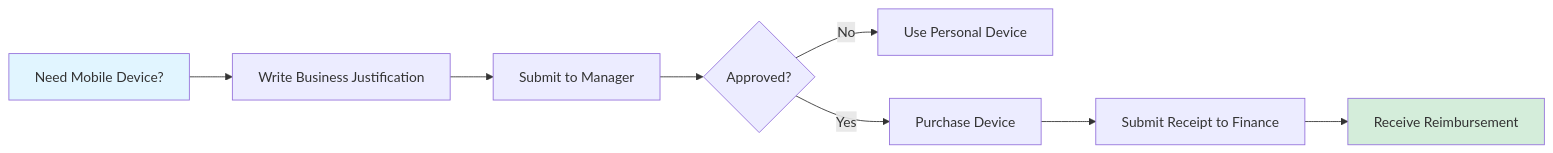
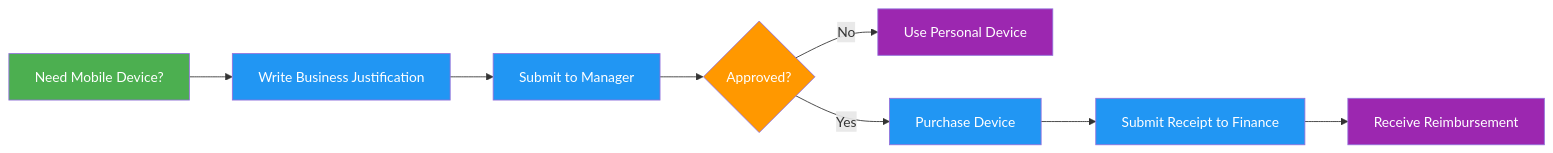
Before and after one commit to ultralytics/handbook: the third of 4 diagrams in docs/en/tools/hardware.md, drawn with Mermaid. The commit also changed other lines of this file and 16 other files, not shown here.

Commit message:
Standardize Mermaid diagram colors (#302)

````diff
--- a/docs/en/tools/hardware.md
+++ b/docs/en/tools/hardware.md
@@ -196,13 +197,15 @@
 ```mermaid
 graph LR
-    A[Need Mobile Device?] --> B[Write Business Justification]
-    B --> C[Submit to Manager]
-    C --> D{Approved?}
-    D -->|No| E[Use Personal Device]
-    D -->|Yes| F[Purchase Device]
-    F --> G[Submit Receipt to Finance]
-    G --> H[Receive Reimbursement]
+    A[Need Mobile Device?]:::start --> B[Write Business Justification]:::proc
+    B --> C[Submit to Manager]:::proc
+    C --> D{Approved?}:::decide
+    D -->|No| E[Use Personal Device]:::out
+    D -->|Yes| F[Purchase Device]:::proc
+    F --> G[Submit Receipt to Finance]:::proc
+    G --> H[Receive Reimbursement]:::out
 
-    style A fill:#e1f5ff
-    style H fill:#d4edda
+    classDef start fill:#4CAF50,color:#fff
+    classDef proc fill:#2196F3,color:#fff
+    classDef decide fill:#FF9800,color:#fff
+    classDef out fill:#9C27B0,color:#fff
 ```
````
